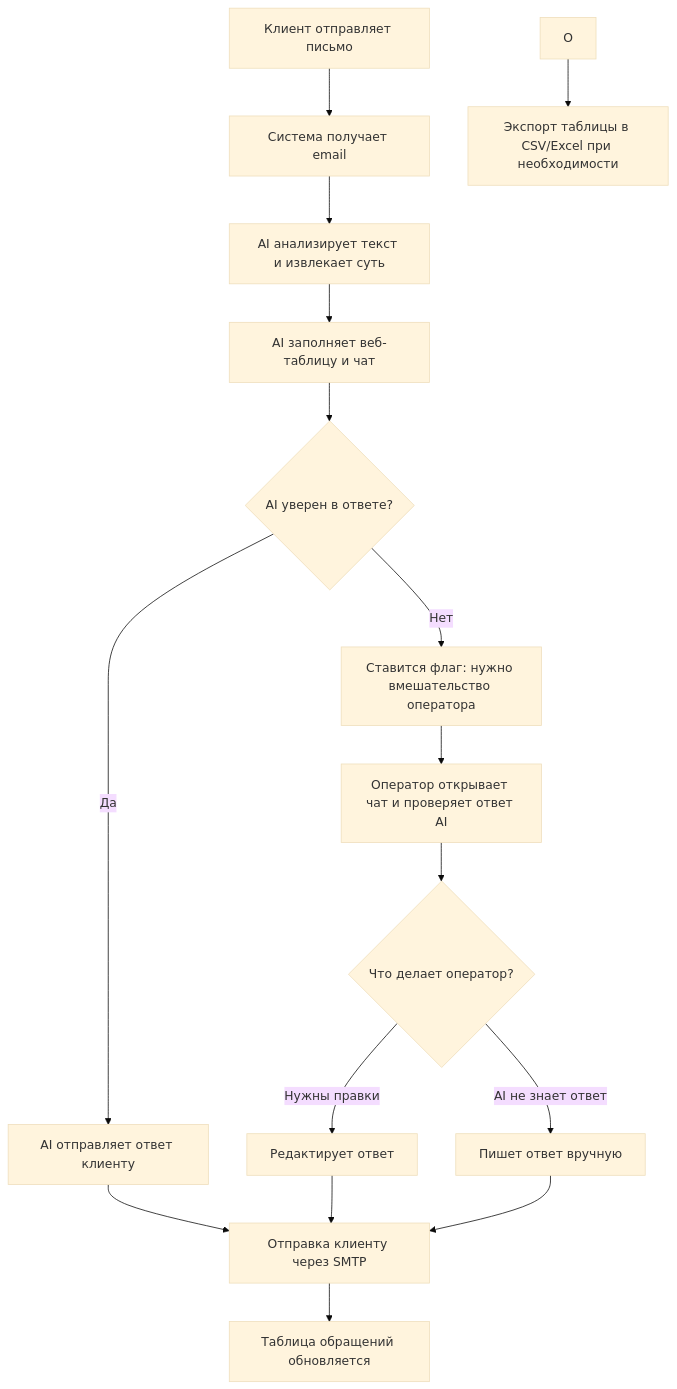
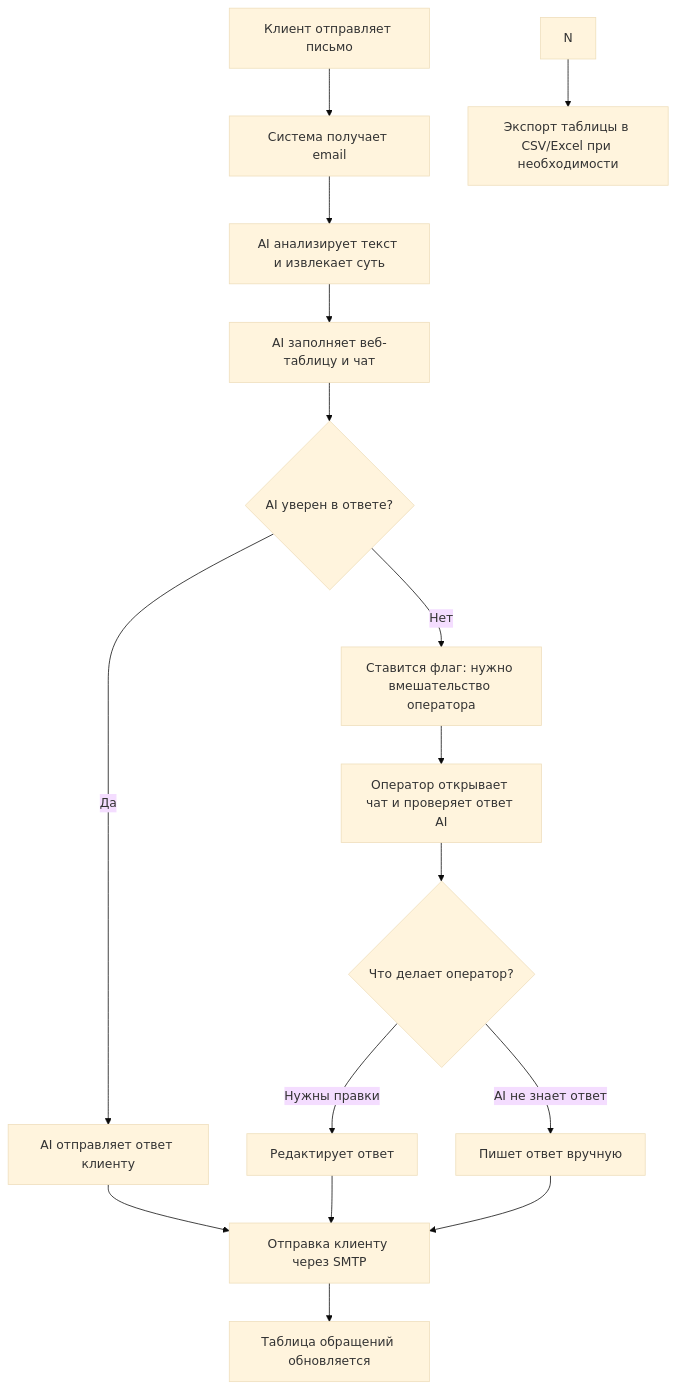
The diagram in README.md (0Carpediem0/Nandi_Enigma_Public_TestQuest), drawn with Mermaid (base theme) before and after one commit.

````diff
--- a/README.md
+++ b/README.md
@@ -25,18 +25,18 @@
 ```mermaid
 flowchart TD
     A[Клиент отправляет письмо] --> B[Система получает email]
     B --> C[AI анализирует текст и извлекает суть]
     C --> D[AI заполняет веб-таблицу и чат]
     D --> E{AI уверен в ответе?}
     E -->|Да| F[AI отправляет ответ клиенту]
     E -->|Нет| G[Ставится флаг: нужно вмешательство оператора]
     G --> H[Оператор открывает чат и проверяет ответ AI]
     H --> I{Что делает оператор?}
     I -->|Нужны правки| J[Редактирует ответ]
     I -->|AI не знает ответ| K[Пишет ответ вручную]
     F --> L[Отправка клиенту через SMTP]
     J --> L[Отправка клиенту через SMTP]
     K --> L
     L --> M[Таблица обращений обновляется]
-    O --> N[Экспорт таблицы в CSV/Excel при необходимости]
+    N --> O[Экспорт таблицы в CSV/Excel при необходимости]
 ```
````
